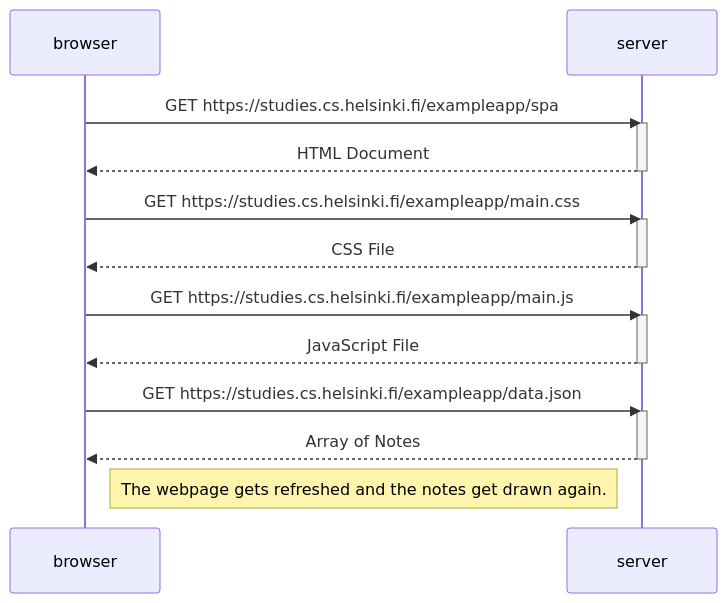
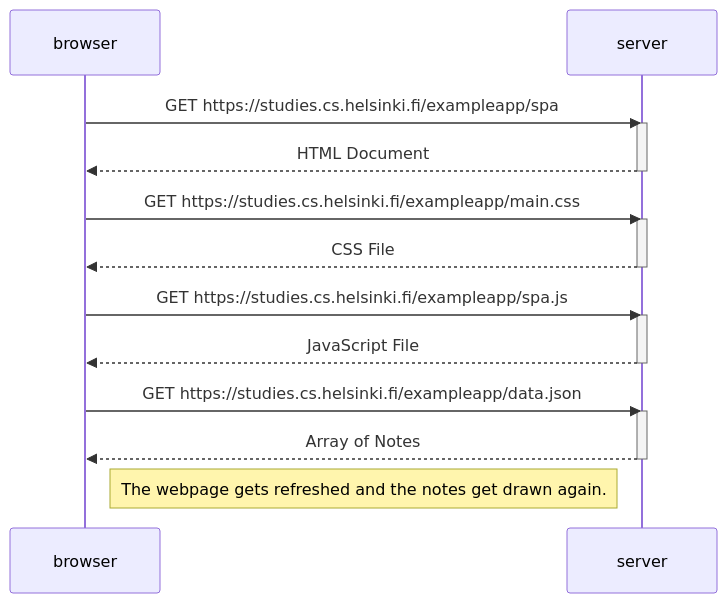
The diagram in part_0.5.md (valtteriper/FullstackOpen), drawn with Mermaid before and after one commit.

````diff
--- a/part_0.5.md
+++ b/part_0.5.md
@@ -1,28 +1,28 @@
 ```mermaid
 sequenceDiagram
     participant browser
     participant server
     
     browser->>server: GET https://studies.cs.helsinki.fi/exampleapp/spa
     activate server
     server-->>browser: HTML Document
     deactivate server
 
     browser->>server: GET https://studies.cs.helsinki.fi/exampleapp/main.css
     activate server
     server-->>browser: CSS File
     deactivate server
 
-    browser->>server: GET https://studies.cs.helsinki.fi/exampleapp/main.js
+    browser->>server: GET https://studies.cs.helsinki.fi/exampleapp/spa.js
     activate server
     server-->>browser: JavaScript File
     deactivate server
 
     browser->>server: GET https://studies.cs.helsinki.fi/exampleapp/data.json
     activate server
     server-->>browser: Array of Notes
     deactivate server
 
 Note right of browser: The webpage gets refreshed and the notes get drawn again.
 
 ```
````
